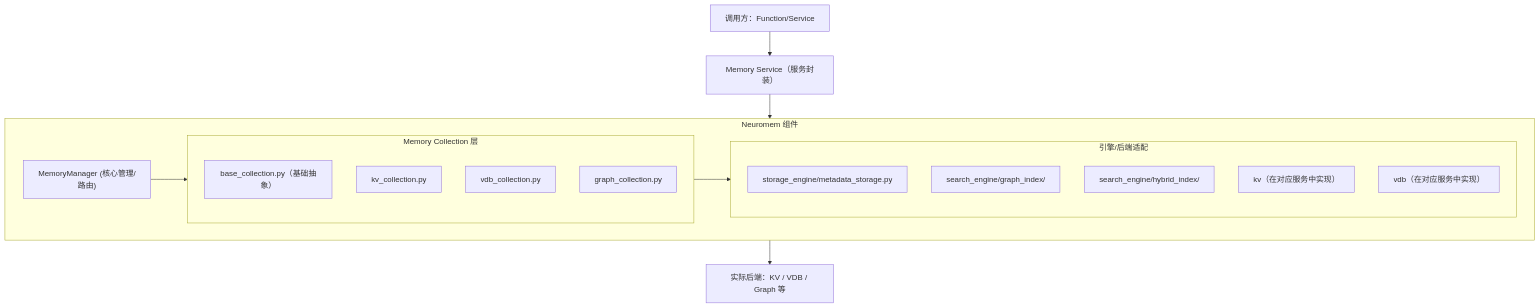
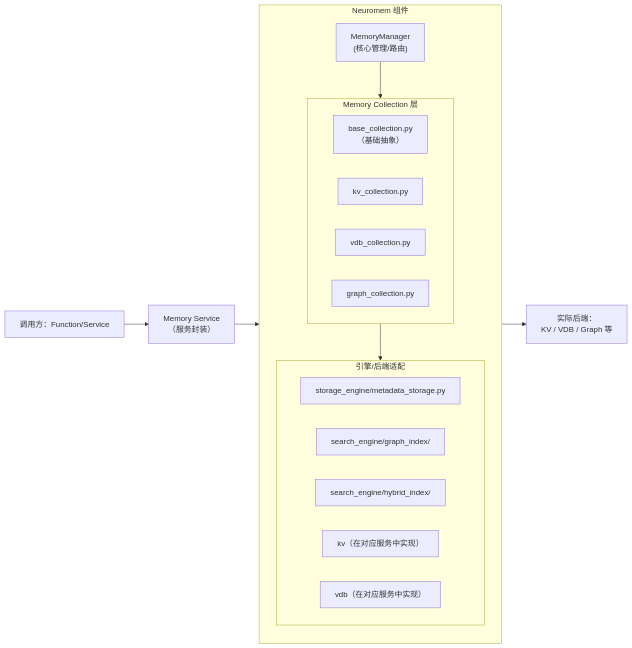
The diagram in docs_src/middleware/components/neuromem.md (peilin9990/SAGE-Pub), drawn with Mermaid before and after one commit. The commit also changed 5 other files, not shown here.

````diff
--- a/docs_src/middleware/components/neuromem.md
+++ b/docs_src/middleware/components/neuromem.md
@@ -80,28 +80,28 @@
 ```mermaid
-flowchart TB
+flowchart LR
   App[调用方：Function/Service]
-  MS["Memory Service（服务封装）"]
+  MS["Memory Service<br/>（服务封装）"]
   subgraph Neuromem[Neuromem 组件]
-    MM["MemoryManager (核心管理/路由)"]
+    MM["MemoryManager<br/>(核心管理/路由)"]
     subgraph Collections[Memory Collection 层]
-      BC["base_collection.py（基础抽象）"]
+      BC["base_collection.py<br/>（基础抽象）"]
       KVC[kv_collection.py]
       VDBC[vdb_collection.py]
       GC[graph_collection.py]
     end
     subgraph Engines["引擎/后端适配"]
       MD["storage_engine/metadata_storage.py"]
       GI["search_engine/graph_index/"]
       HI["search_engine/hybrid_index/"]
       KV["kv（在对应服务中实现）"]
       VDB["vdb（在对应服务中实现）"]
     end
   end
-  Stores[实际后端：KV / VDB / Graph 等]
+  Stores[实际后端：<br/>KV / VDB / Graph 等]
 
   App --> MS --> Neuromem
   Neuromem --> Stores
 
   MM --> Collections
   Collections --> Engines
 ```
````
